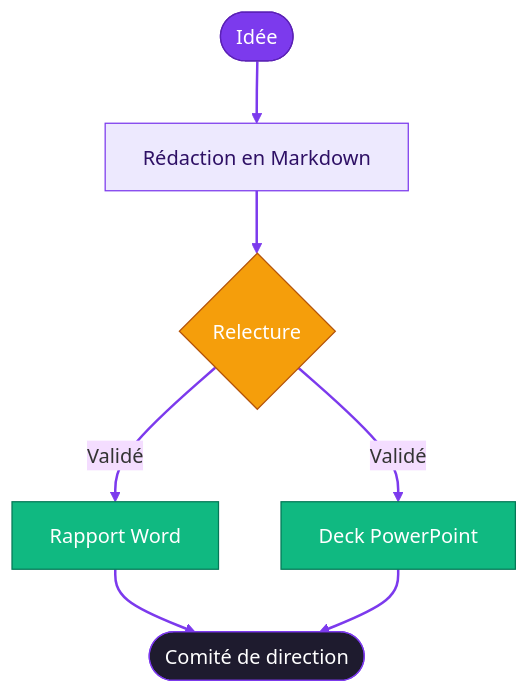
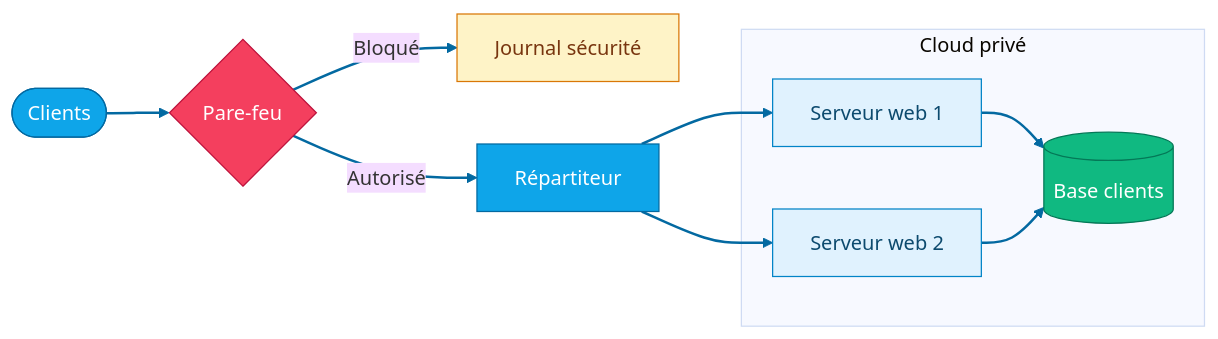
One commit to nicolasbridelance/md2nativedocx changed the diagram in docs/showcase/wow-src/formes.md. Above: the diagram before and after it, drawn with Mermaid (base theme). The commit also changed other lines of this file and 34 other files, not shown here.

````diff
--- a/docs/showcase/wow-src/formes.md
+++ b/docs/showcase/wow-src/formes.md
@@ -3,20 +3,26 @@
 ```mermaid
-flowchart TB
-  idee([Idée]) --> md[Rédaction en Markdown]
-  md --> revue{Relecture}
-  revue -->|Validé| word[Rapport Word]
-  revue -->|Validé| deck[Deck PowerPoint]
-  word --> comite([Comité de direction])
-  deck --> comite
-  classDef start fill:#7C3AED,stroke:#5B21B6,color:#FFFFFF
-  classDef step fill:#EDE9FE,stroke:#7C3AED,color:#2E1065
-  classDef decision fill:#F59E0B,stroke:#B45309,color:#FFFFFF
-  classDef out fill:#10B981,stroke:#047857,color:#FFFFFF
-  classDef goal fill:#1E1B2E,stroke:#7C3AED,color:#FFFFFF
-  class idee start
-  class md step
-  class revue decision
-  class word,deck out
-  class comite goal
-  linkStyle default stroke:#7C3AED,stroke-width:2px
+flowchart LR
+  user([Clients]) --> fw{Pare-feu}
+  fw -->|Bloqué| log[Journal sécurité]
+  fw -->|Autorisé| lb[Répartiteur]
+  subgraph cloud [Cloud privé]
+    app1[Serveur web 1]
+    app2[Serveur web 2]
+    db[(Base clients)]
+  end
+  lb --> app1
+  lb --> app2
+  app1 --> db
+  app2 --> db
+  classDef edge fill:#0EA5E9,stroke:#0369A1,color:#FFFFFF
+  classDef guard fill:#F43F5E,stroke:#BE123C,color:#FFFFFF
+  classDef srv fill:#E0F2FE,stroke:#0284C7,color:#0C4A6E
+  classDef data fill:#10B981,stroke:#047857,color:#FFFFFF
+  classDef warn fill:#FEF3C7,stroke:#D97706,color:#78350F
+  class user,lb edge
+  class fw guard
+  class app1,app2 srv
+  class db data
+  class log warn
+  linkStyle default stroke:#0369A1,stroke-width:2px
 ```
````
